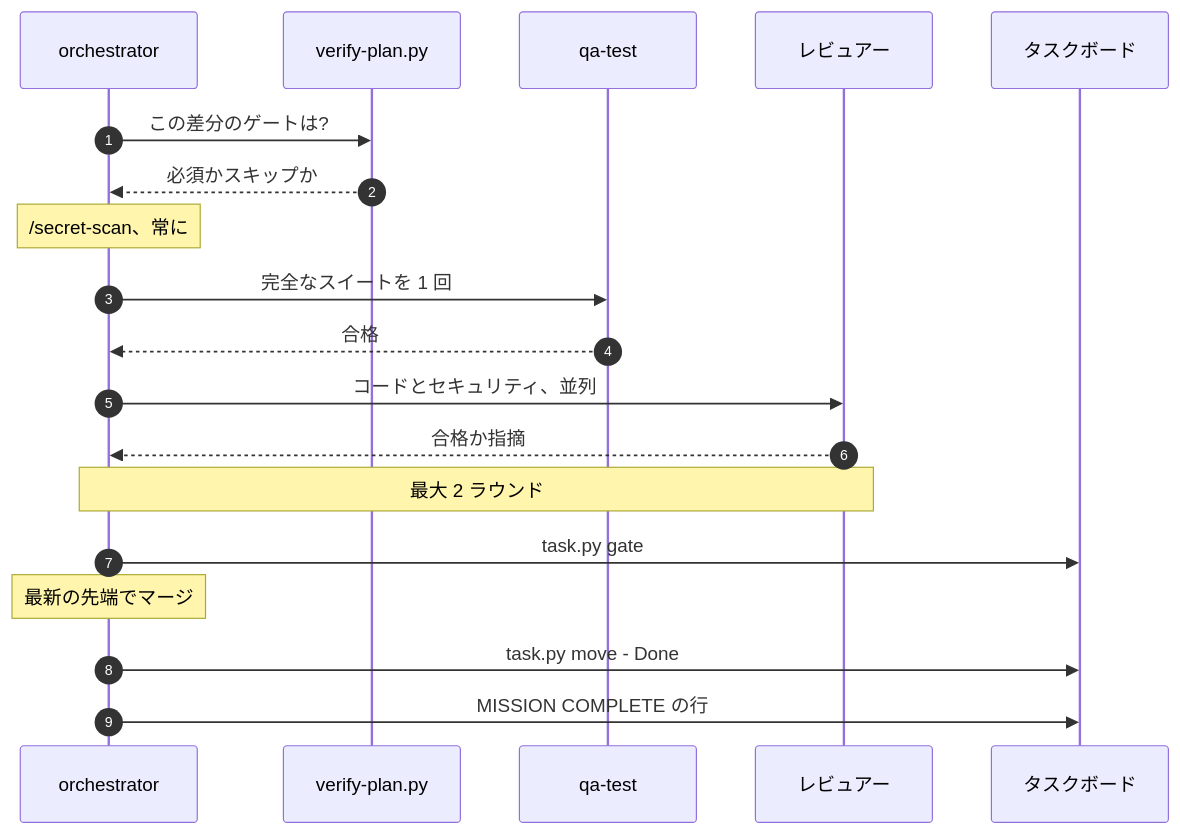
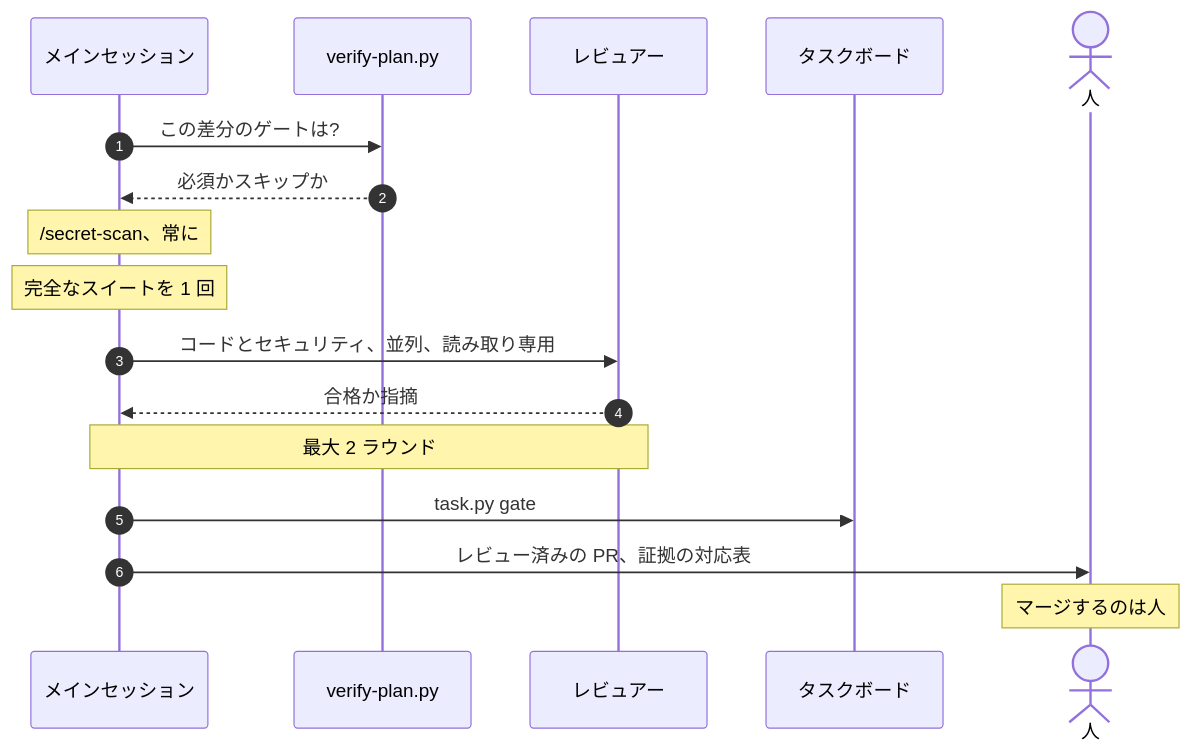
One commit to nguyenhx2/agent-harness-bootstrap changed diagram 11 of 16 in docs/FLOWS.ja.md. Above: the diagram before and after it, drawn with Mermaid. The commit also changed other lines of this file and 107 other files, not shown here.

````diff
--- a/docs/FLOWS.ja.md
+++ b/docs/FLOWS.ja.md
@@ -452,22 +462,20 @@
 ```mermaid
 sequenceDiagram
     autonumber
-    participant Orch as orchestrator
+    participant Main as メインセッション
     participant Plan as verify-plan.py
-    participant QA as qa-test
     participant Rev as レビュアー
     participant Board as タスクボード
+    actor Human as 人
 
-    Orch->>Plan: この差分のゲートは?
-    Plan-->>Orch: 必須かスキップか
-    Note over Orch: /secret-scan、常に
-    Orch->>QA: 完全なスイートを 1 回
-    QA-->>Orch: 合格
-    Orch->>Rev: コードとセキュリティ、並列
-    Rev-->>Orch: 合格か指摘
-    Note over Orch,Rev: 最大 2 ラウンド
-    Orch->>Board: task.py gate
-    Note over Orch: 最新の先端でマージ
-    Orch->>Board: task.py move - Done
-    Orch->>Board: MISSION COMPLETE の行
+    Main->>Plan: この差分のゲートは?
+    Plan-->>Main: 必須かスキップか
+    Note over Main: /secret-scan、常に
+    Note over Main: 完全なスイートを 1 回
+    Main->>Rev: コードとセキュリティ、並列、読み取り専用
+    Rev-->>Main: 合格か指摘
+    Note over Main,Rev: 最大 2 ラウンド
+    Main->>Board: task.py gate
+    Main->>Human: レビュー済みの PR、証拠の対応表
+    Note over Human: マージするのは人
 ```
````
